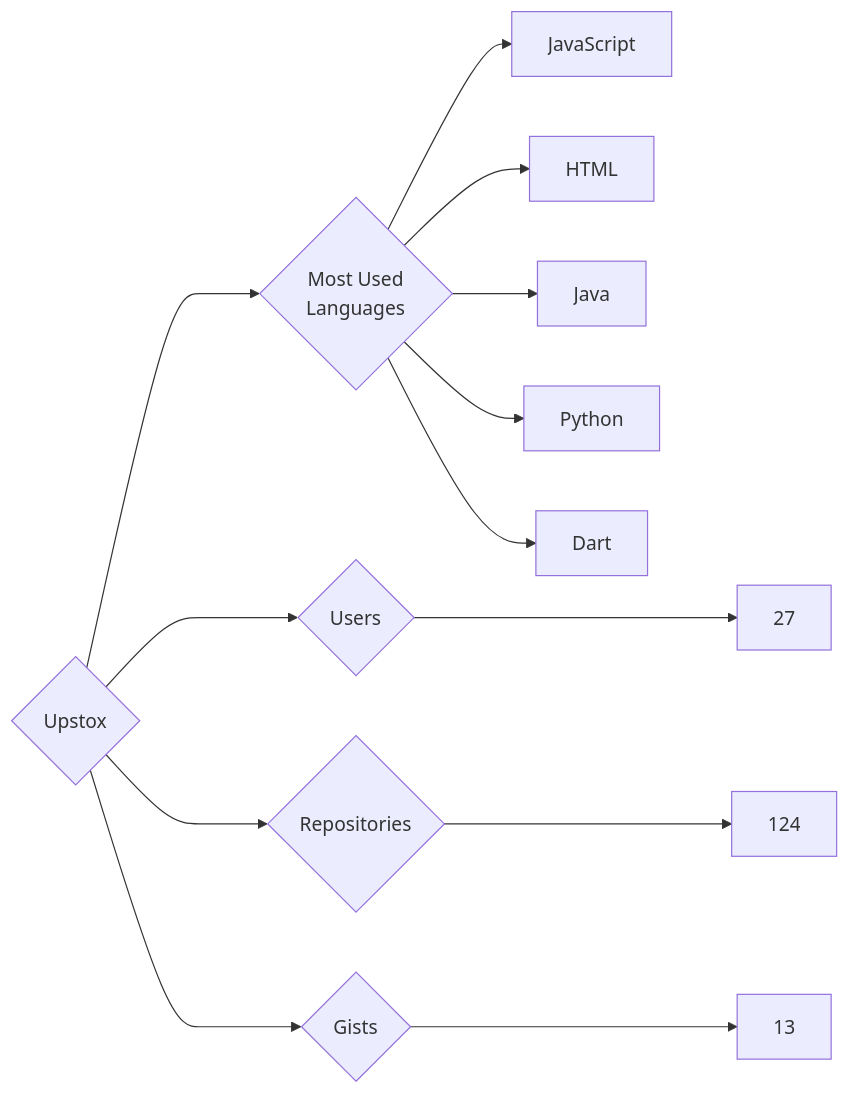
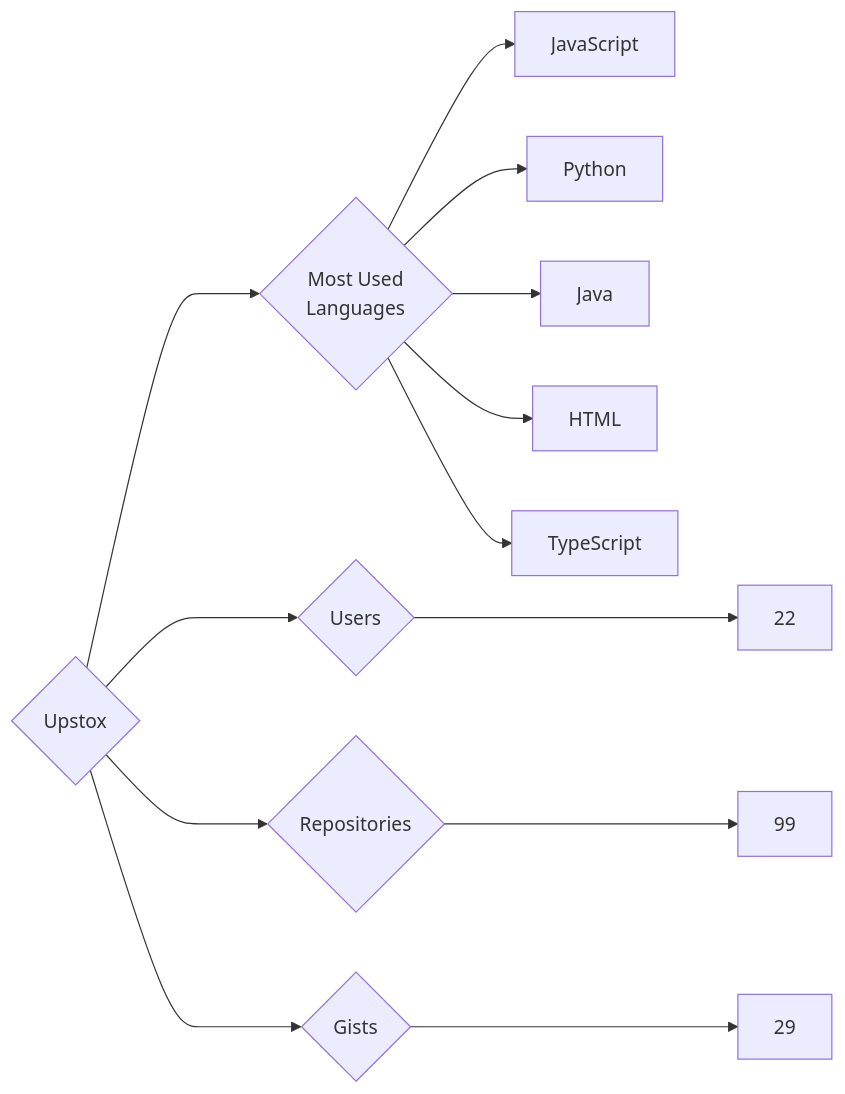
The diagram in targets/Upstox/README.md (trickest/insiders), drawn with Mermaid before and after one commit. The commit also changed 597 other files, not shown here.

````diff
--- a/targets/Upstox/README.md
+++ b/targets/Upstox/README.md
@@ -3,13 +3,13 @@
 ```mermaid
 graph LR
 COMPANY_NAME{Upstox}
-COMPANY_NAME ---> U{Users} ---> UN[27]
-COMPANY_NAME ---> R{Repositories} ---> RN[124]
-COMPANY_NAME ---> G{Gists} ---> GN[13]
+COMPANY_NAME ---> U{Users} ---> UN[22]
+COMPANY_NAME ---> R{Repositories} ---> RN[99]
+COMPANY_NAME ---> G{Gists} ---> GN[29]
 COMPANY_NAME ---> ML{Most Used<br>Languages}
 ML --> JavaScript[JavaScript]
+ML --> Python[Python]
+ML --> Java[Java]
 ML --> HTML[HTML]
-ML --> Java[Java]
-ML --> Python[Python]
-ML --> Dart[Dart]
+ML --> TypeScript[TypeScript]
 ```
````
